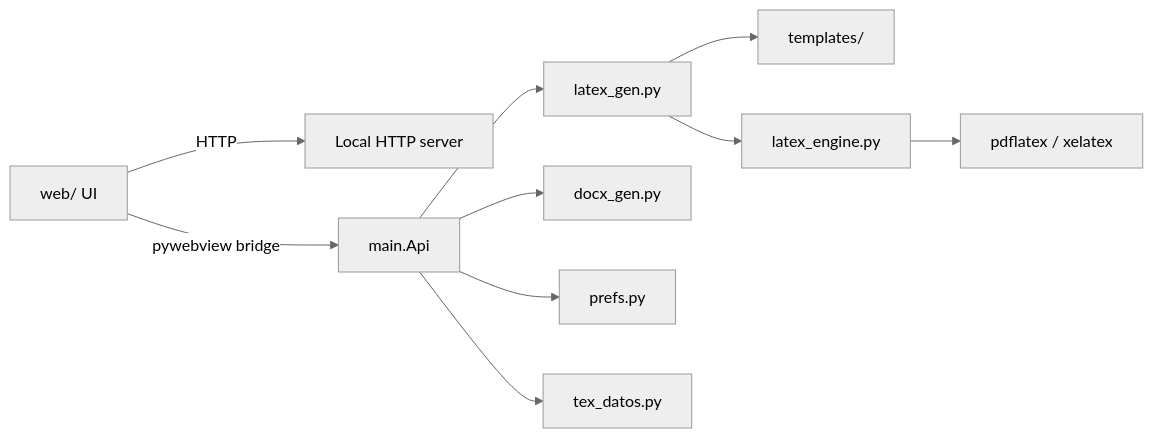
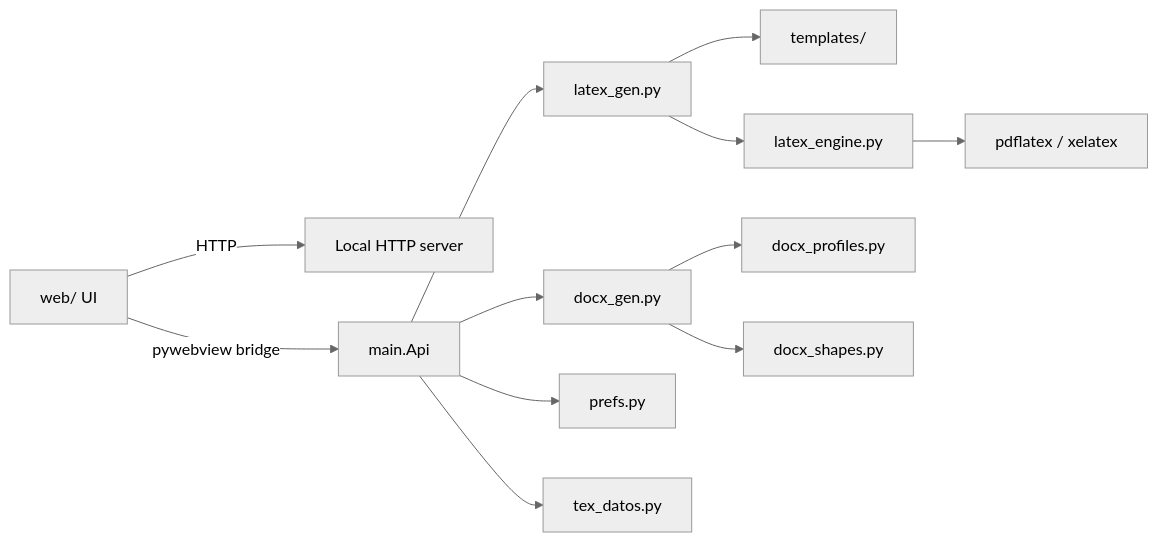
One commit to Echeq/CVLaTex changed the diagram in docs/DEVELOPMENT.md. Above: the diagram before and after it, drawn with Mermaid (neutral theme). The commit also changed other lines of this file and 38 other files, not shown here.

````diff
--- a/docs/DEVELOPMENT.md
+++ b/docs/DEVELOPMENT.md
@@ -119,12 +144,14 @@
 ```mermaid
 flowchart LR
   UI["web/ UI"] -->|HTTP| SRV["Local HTTP server"]
   UI -->|pywebview bridge| API["main.Api"]
   API --> GEN["latex_gen.py"]
   GEN --> TPL["templates/"]
   GEN --> ENG["latex_engine.py"]
   ENG --> PDF["pdflatex / xelatex"]
   API --> DOCX["docx_gen.py"]
+  DOCX --> DOCXPROF["docx_profiles.py"]
+  DOCX --> DOCXSHAPE["docx_shapes.py"]
   API --> PREFS["prefs.py"]
   API --> DATA["tex_datos.py"]
 ```
````
